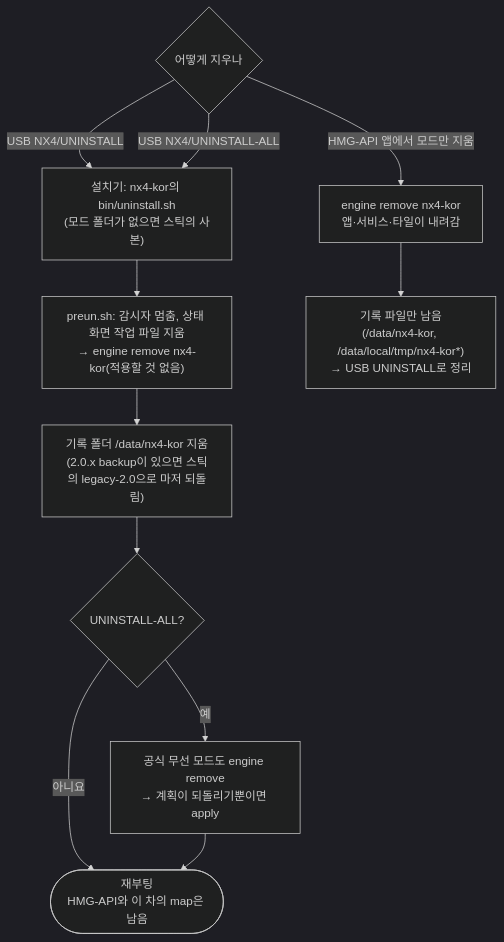
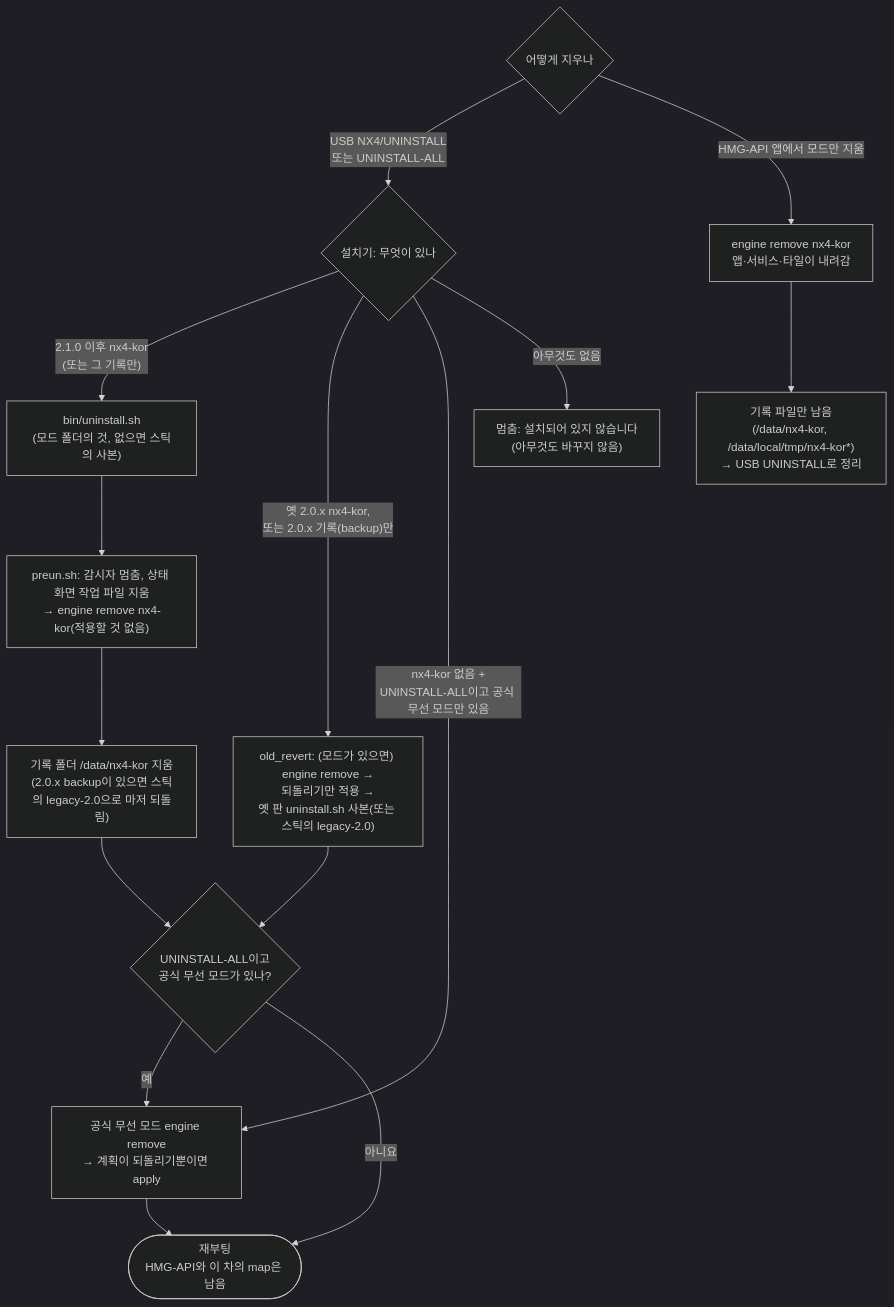
One commit to jay-park-lab/hmgapi-nx4-kor changed the seventh of 7 diagrams in docs/flow.md. Above: the diagram before and after it, drawn with Mermaid (dark theme). The commit also changed other lines of this file and 1 other file, not shown here.

First line of the commit message:
Apply PR #54 review 1-6: readable verdict chart, flow as the code runs

````diff
--- a/docs/flow.md
+++ b/docs/flow.md
@@ -163,14 +194,18 @@
 ```mermaid
 flowchart TD
   Q{"어떻게 지우나"}
-  Q -->|"USB NX4/UNINSTALL"| U1["설치기: nx4-kor의 bin/uninstall.sh<br/>(모드 폴더가 없으면 스틱의 사본)"]
-  Q -->|"USB NX4/UNINSTALL-ALL"| U1
+  Q -->|"USB NX4/UNINSTALL<br/>또는 UNINSTALL-ALL"| WHAT{"설치기: 무엇이 있나"}
   Q -->|"HMG-API 앱에서 모드만 지움"| AR["engine remove nx4-kor<br/>앱·서비스·타일이 내려감"]
+  WHAT -->|"2.1.0 이후 nx4-kor<br/>(또는 그 기록만)"| U1["bin/uninstall.sh<br/>(모드 폴더의 것, 없으면 스틱의 사본)"]
+  WHAT -->|"옛 2.0.x nx4-kor,<br/>또는 2.0.x 기록(backup)만"| OLDR["old_revert: (모드가 있으면) engine remove →<br/>되돌리기만 적용 →<br/>옛 판 uninstall.sh 사본(또는 스틱의 legacy-2.0)"]
+  WHAT -->|"nx4-kor 없음 +<br/>UNINSTALL-ALL이고 공식 무선 모드만 있음"| WR["공식 무선 모드 engine remove<br/>→ 계획이 되돌리기뿐이면 apply"]
+  WHAT -->|"아무것도 없음"| NONE["멈춤: 설치되어 있지 않습니다<br/>(아무것도 바꾸지 않음)"]
   U1 --> PR["preun.sh: 감시자 멈춤, 상태 화면 작업 파일 지움<br/>→ engine remove nx4-kor(적용할 것 없음)"]
   PR --> RM["기록 폴더 /data/nx4-kor 지움<br/>(2.0.x backup이 있으면 스틱의 legacy-2.0으로 마저 되돌림)"]
-  RM --> ALL{"UNINSTALL-ALL?"}
-  ALL -->|"예"| WR["공식 무선 모드도 engine remove<br/>→ 계획이 되돌리기뿐이면 apply"]
-  ALL -->|"아니요"| FIN
-  WR --> FIN(["재부팅<br/>HMG-API와 이 차의 map은 남음"])
+  RM --> ALL{"UNINSTALL-ALL이고<br/>공식 무선 모드가 있나?"}
+  OLDR --> ALL
+  ALL -->|"예"| WR
+  ALL -->|"아니요"| FIN(["재부팅<br/>HMG-API와 이 차의 map은 남음"])
+  WR --> FIN
   AR --> LEFT["기록 파일만 남음<br/>(/data/nx4-kor, /data/local/tmp/nx4-kor*)<br/>→ USB UNINSTALL로 정리"]
 ```
````
